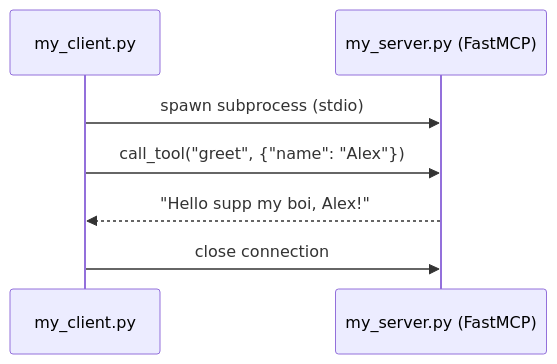
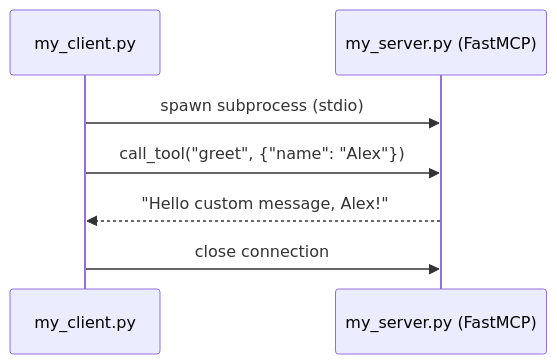
Before and after one commit to dejanu/ai-powered-coding-playbook: the first of 2 diagrams in diagrams/local_client_server.md, drawn with Mermaid. The commit also changed other lines of this file, not shown here.

````diff
--- a/diagrams/local_client_server.md
+++ b/diagrams/local_client_server.md
@@ -3,10 +3,10 @@
 ```mermaid
 sequenceDiagram
     participant Client as my_client.py
     participant Server as my_server.py (FastMCP)
 
     Client->>Server: spawn subprocess (stdio)
     Client->>Server: call_tool("greet", {"name": "Alex"})
-    Server-->>Client: "Hello supp my boi, Alex!"
+    Server-->>Client: "Hello custom message, Alex!"
     Client->>Server: close connection
 ```
````
